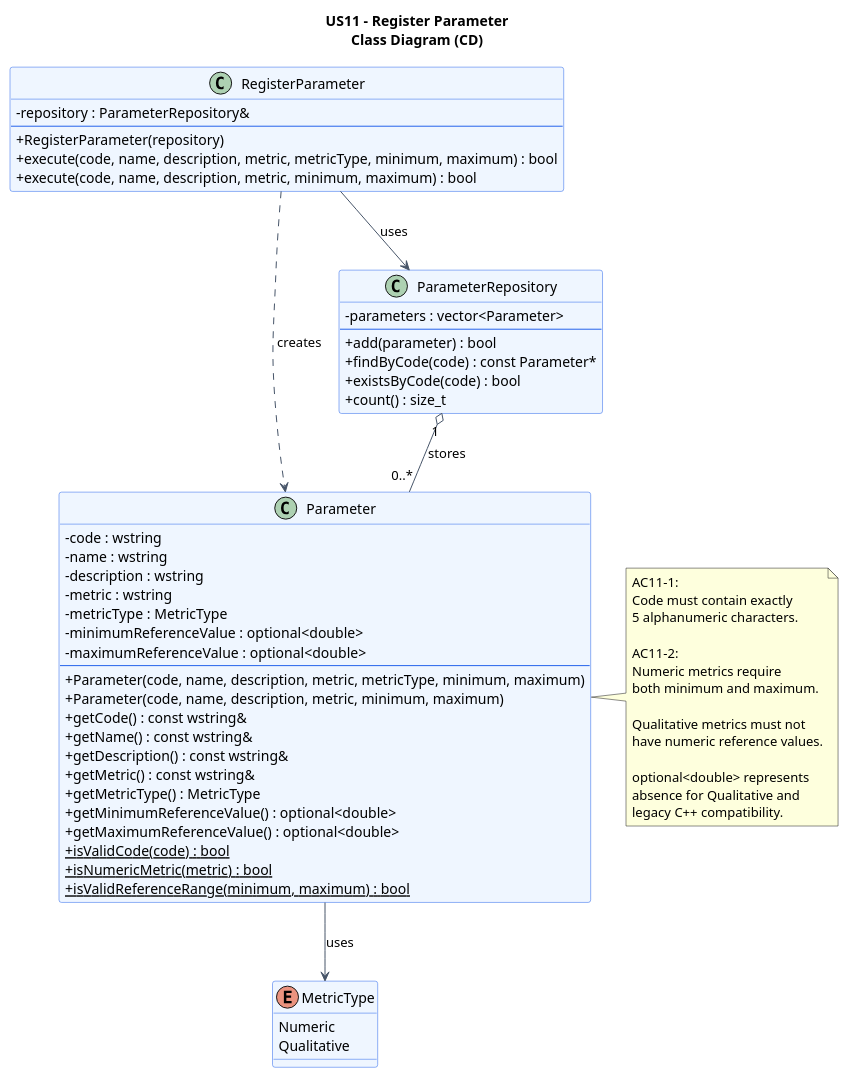
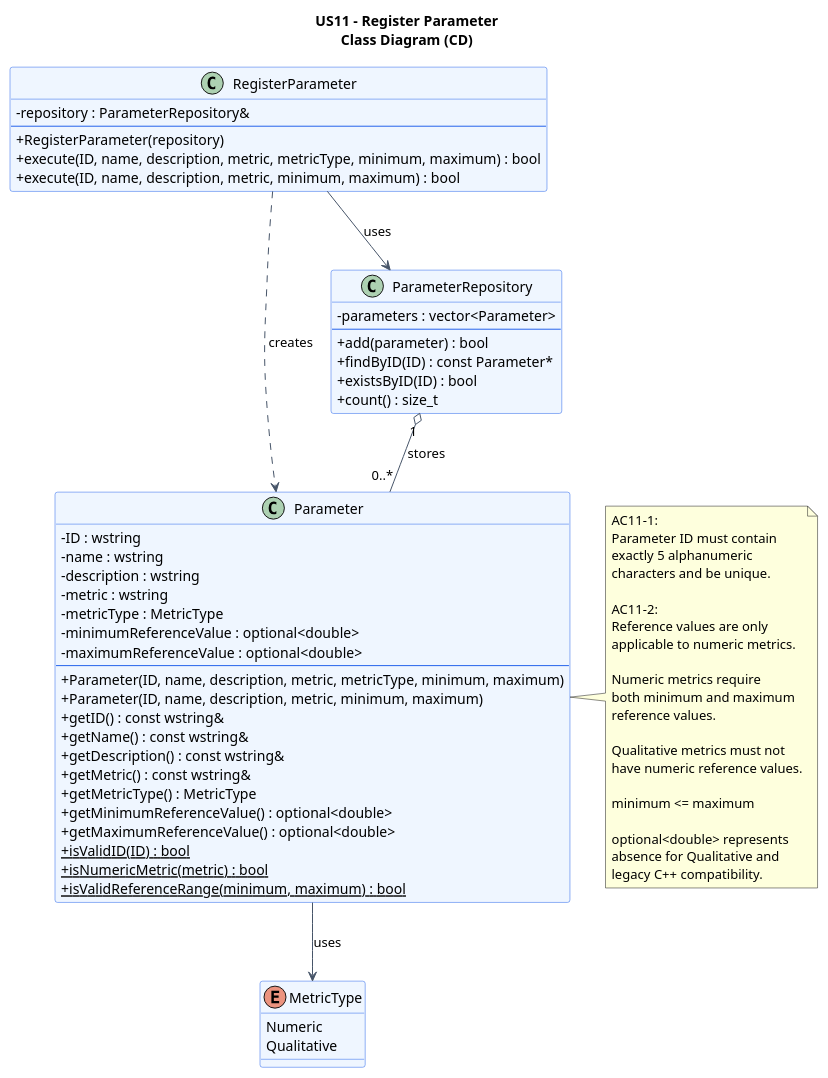
One commit to jmaia574/leti-esoft-26-27-B6 changed the diagram in docs/system-documentation/US11/puml/US11-CD.puml. Above: the diagram before and after it, drawn with PlantUML. The commit also changed 8 other files, not shown here.

```diff
--- a/docs/system-documentation/US11/puml/US11-CD.puml
+++ b/docs/system-documentation/US11/puml/US11-CD.puml
@@ -1,79 +1,86 @@
 @startuml
 
 title US11 - Register Parameter\nClass Diagram (CD)
 
 skinparam backgroundColor #FFFFFF
 skinparam shadowing false
 skinparam classAttributeIconSize 0
 skinparam classBorderColor #2563EB
 skinparam classBackgroundColor #EFF6FF
 skinparam ArrowColor #475569
 
 enum MetricType {
     Numeric
     Qualitative
 }
 
 class Parameter {
-    - code : wstring
+    - ID : wstring
     - name : wstring
     - description : wstring
     - metric : wstring
     - metricType : MetricType
     - minimumReferenceValue : optional<double>
     - maximumReferenceValue : optional<double>
     --
-    + Parameter(code, name, description, metric, metricType, minimum, maximum)
-    + Parameter(code, name, description, metric, minimum, maximum)
-    + getCode() : const wstring&
+    + Parameter(ID, name, description, metric, metricType, minimum, maximum)
+    + Parameter(ID, name, description, metric, minimum, maximum)
+    + getID() : const wstring&
     + getName() : const wstring&
     + getDescription() : const wstring&
     + getMetric() : const wstring&
     + getMetricType() : MetricType
     + getMinimumReferenceValue() : optional<double>
     + getMaximumReferenceValue() : optional<double>
-    + {static} isValidCode(code) : bool
+    + {static} isValidID(ID) : bool
     + {static} isNumericMetric(metric) : bool
     + {static} isValidReferenceRange(minimum, maximum) : bool
 }
 
 class ParameterRepository {
     - parameters : vector<Parameter>
     --
     + add(parameter) : bool
-    + findByCode(code) : const Parameter*
-    + existsByCode(code) : bool
+    + findByID(ID) : const Parameter*
+    + existsByID(ID) : bool
     + count() : size_t
 }
 
 class RegisterParameter {
     - repository : ParameterRepository&
     --
     + RegisterParameter(repository)
-    + execute(code, name, description, metric, metricType, minimum, maximum) : bool
-    + execute(code, name, description, metric, minimum, maximum) : bool
+    + execute(ID, name, description, metric, metricType, minimum, maximum) : bool
+    + execute(ID, name, description, metric, minimum, maximum) : bool
 }
 
 Parameter --> MetricType : uses
 ParameterRepository "1" o-- "0..*" Parameter : stores
 RegisterParameter --> ParameterRepository : uses
 RegisterParameter ..> Parameter : creates
 
 note right of Parameter
 AC11-1:
-Code must contain exactly
-5 alphanumeric characters.
+Parameter ID must contain
+exactly 5 alphanumeric
+characters and be unique.
 
 AC11-2:
+Reference values are only
+applicable to numeric metrics.
+
 Numeric metrics require
-both minimum and maximum.
+both minimum and maximum
+reference values.
 
 Qualitative metrics must not
 have numeric reference values.
+
+minimum <= maximum
 
 optional<double> represents
 absence for Qualitative and
 legacy C++ compatibility.
 end note
 
 @enduml
```
